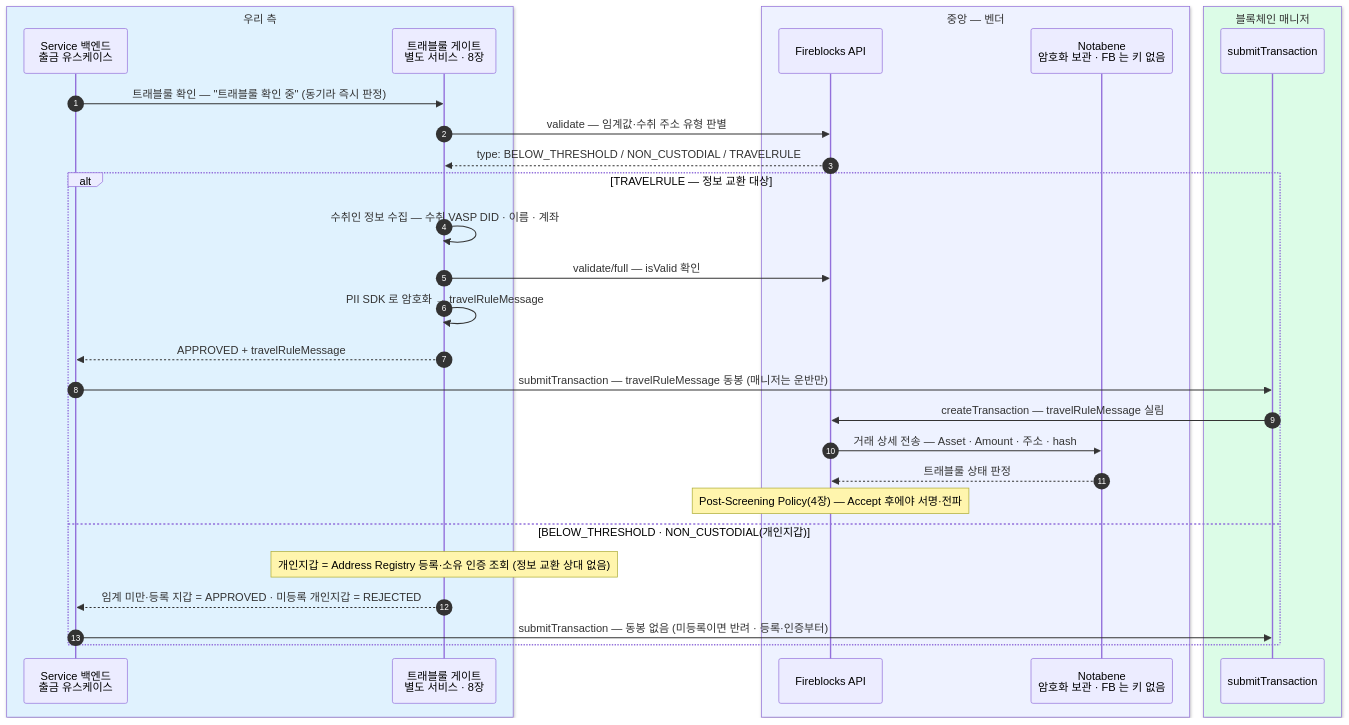
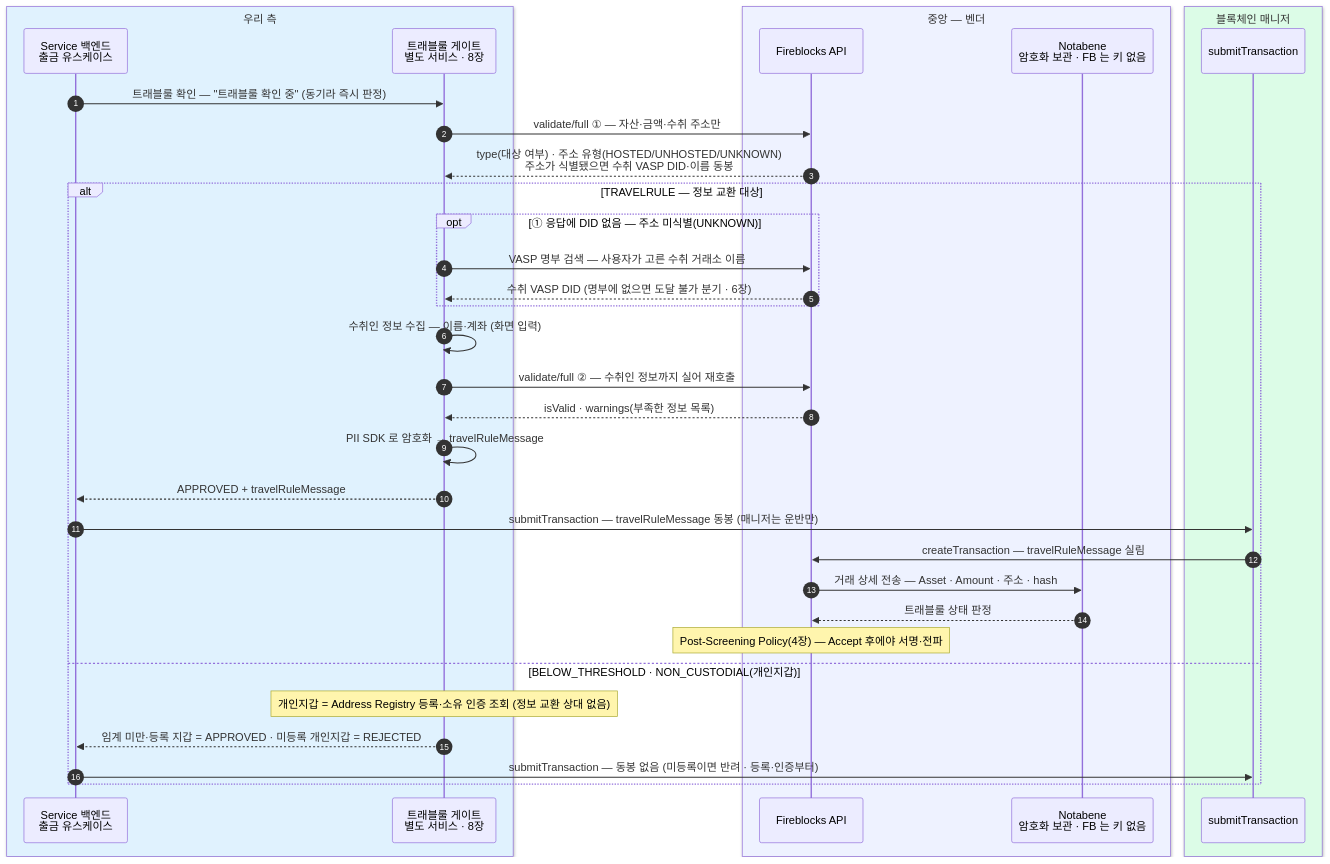
The second of 11 diagrams in blockchain-manager/docs/트래블룰/설계/07-scenarios.md (eunsujeo/eunpus), drawn with Mermaid before and after one commit. The commit also changed other lines of this file and 20 other files, not shown here.

Commit message:
컴플라이언스 서비스 문서 신설(범위·인터페이스·API 정본) + 트래블룰 문서 개명·validate/full 통일 + 문서 사이드바 메서드 배지

````diff
--- a/blockchain-manager/docs/트래블룰/설계/07-scenarios.md
+++ b/blockchain-manager/docs/트래블룰/설계/07-scenarios.md
@@ -87,34 +87,39 @@
 ```mermaid
 sequenceDiagram
     autonumber
     box rgb(224,242,254) 우리 측
     participant BE as Service 백엔드<br/>출금 유스케이스
     participant GT as 트래블룰 게이트<br/>별도 서비스 · 8장
     end
     box rgb(238,242,255) 중앙 — 벤더
     participant FB as Fireblocks API
     participant NB as Notabene<br/>암호화 보관 · FB 는 키 없음
     end
     box rgb(220,252,231) 블록체인 매니저
     participant BM as submitTransaction
     end
 
     BE->>GT: 트래블룰 확인 — "트래블룰 확인 중" (동기라 즉시 판정)
-    GT->>FB: validate — 임계값·수취 주소 유형 판별
-    FB-->>GT: type: BELOW_THRESHOLD / NON_CUSTODIAL / TRAVELRULE
+    GT->>FB: validate/full ① — 자산·금액·수취 주소만
+    FB-->>GT: type(대상 여부) · 주소 유형(HOSTED/UNHOSTED/UNKNOWN)<br/>주소가 식별됐으면 수취 VASP DID·이름 동봉
     alt TRAVELRULE — 정보 교환 대상
-        GT->>GT: 수취인 정보 수집 — 수취 VASP DID · 이름 · 계좌
-        GT->>FB: validate/full — isValid 확인
+        opt ① 응답에 DID 없음 — 주소 미식별(UNKNOWN)
+            GT->>FB: VASP 명부 검색 — 사용자가 고른 수취 거래소 이름
+            FB-->>GT: 수취 VASP DID (명부에 없으면 도달 불가 분기 · 6장)
+        end
+        GT->>GT: 수취인 정보 수집 — 이름·계좌 (화면 입력)
+        GT->>FB: validate/full ② — 수취인 정보까지 실어 재호출
+        FB-->>GT: isValid · warnings(부족한 정보 목록)
         GT->>GT: PII SDK 로 암호화 → travelRuleMessage
         GT-->>BE: APPROVED + travelRuleMessage
         BE->>BM: submitTransaction — travelRuleMessage 동봉 (매니저는 운반만)
         BM->>FB: createTransaction — travelRuleMessage 실림
         FB->>NB: 거래 상세 전송 — Asset · Amount · 주소 · hash
         NB-->>FB: 트래블룰 상태 판정
         Note over FB: Post-Screening Policy(4장) — Accept 후에야 서명·전파
     else BELOW_THRESHOLD · NON_CUSTODIAL(개인지갑)
         Note over GT: 개인지갑 = Address Registry 등록·소유 인증 조회 (정보 교환 상대 없음)
         GT-->>BE: 임계 미만·등록 지갑 = APPROVED · 미등록 개인지갑 = REJECTED
         BE->>BM: submitTransaction — 동봉 없음 (미등록이면 반려 · 등록·인증부터)
     end
 ```
````
